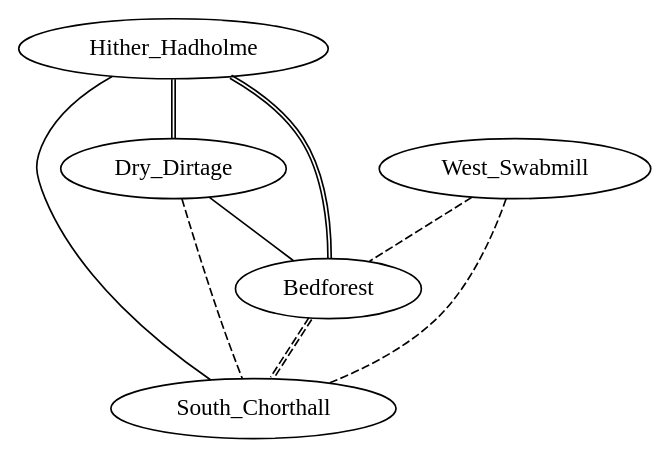
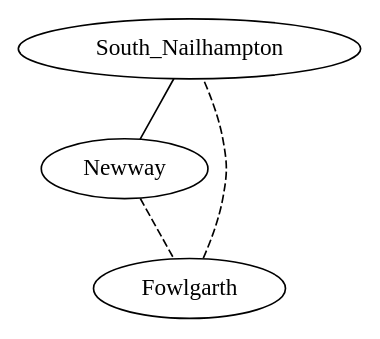
One commit to CodeLuaPro/oose_assignment_2 changed the diagram in simoutput.dot. Above: the diagram before and after it, drawn with Graphviz. The commit also changed 17 other files, not shown here.

```diff
--- a/simoutput.dot
+++ b/simoutput.dot
@@ -1,16 +1,9 @@
 graph Towns {
-Bedforest
-Hither_Hadholme
-Dry_Dirtage
-South_Chorthall
-West_Swabmill
+South_Nailhampton
+Newway
+Fowlgarth
 
-Hither_Hadholme -- Bedforest [color="black:black"]
-Hither_Hadholme -- Dry_Dirtage [color="black:black"]
-Bedforest -- South_Chorthall [style="dashed",color="black:black"]
-Dry_Dirtage -- Bedforest 
-Hither_Hadholme -- South_Chorthall 
-Dry_Dirtage -- South_Chorthall [style="dashed"]
-West_Swabmill -- Bedforest [style="dashed"]
-West_Swabmill -- South_Chorthall [style="dashed"]
+South_Nailhampton -- Newway 
+Fowlgarth -- South_Nailhampton [style="dashed"]
+Newway -- Fowlgarth [style="dashed"]
 }
```
